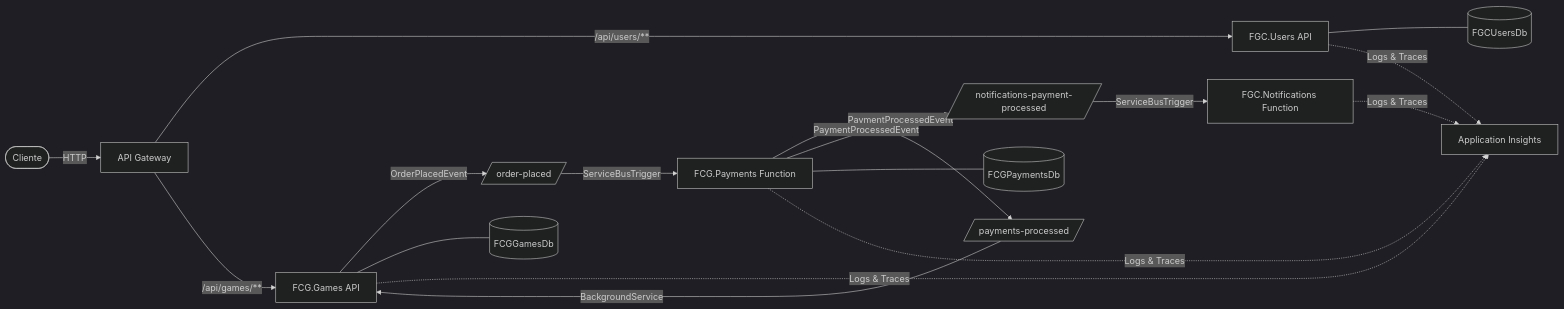
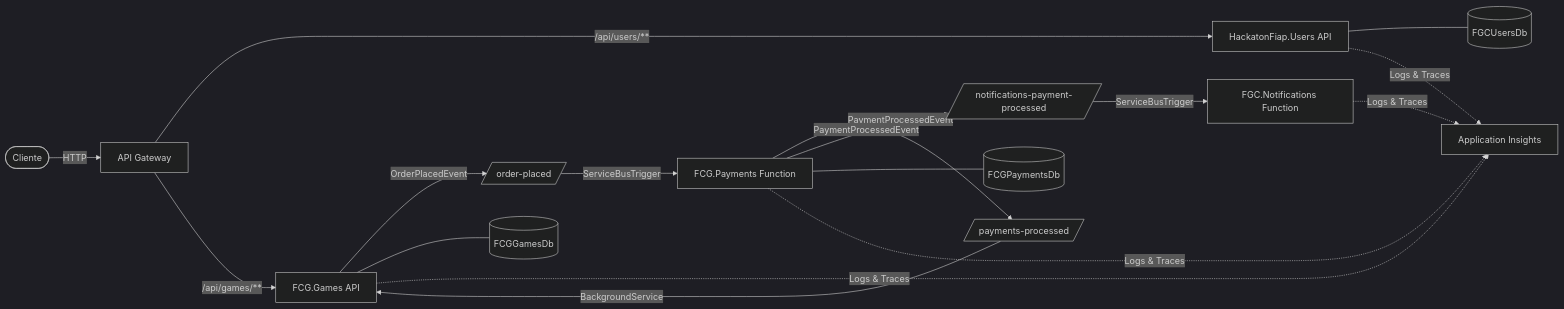
One commit to GabrielVeridico/hackaton-fiap-users changed the first of 3 diagrams in README.md. Above: the diagram before and after it, drawn with Mermaid (dark theme). The commit also changed other lines of this file and 128 other files, not shown here.

Commit message:
refactor: renomeia FGC.Users para HackatonFiap.Users

````diff
--- a/README.md
+++ b/README.md
@@ -7,22 +7,22 @@
 ```mermaid
 graph LR
     Client([Cliente]) -->|HTTP| APIM[API Gateway]
-    APIM -->|/api/users/**| Users[FGC.Users API]
+    APIM -->|/api/users/**| Users[HackatonFiap.Users API]
     APIM -->|/api/games/**| Games[FCG.Games API]
 
     Games -->|OrderPlacedEvent| Q1[/order-placed/]
     Q1 -->|ServiceBusTrigger| Payments[FCG.Payments Function]
     Payments -->|PaymentProcessedEvent| Q2[/payments-processed/]
     Q2 -->|BackgroundService| Games
     Payments -->|PaymentProcessedEvent| Q3[/notifications-payment-processed/]
     Q3 -->|ServiceBusTrigger| Notifications[FGC.Notifications Function]
 
     Users --- DB1[(FGCUsersDb)]
     Games --- DB2[(FCGGamesDb)]
     Payments --- DB3[(FCGPaymentsDb)]
 
     Games -.->|Logs & Traces| AI[Application Insights]
     Users -.->|Logs & Traces| AI
     Payments -.->|Logs & Traces| AI
     Notifications -.->|Logs & Traces| AI
 ```
````
